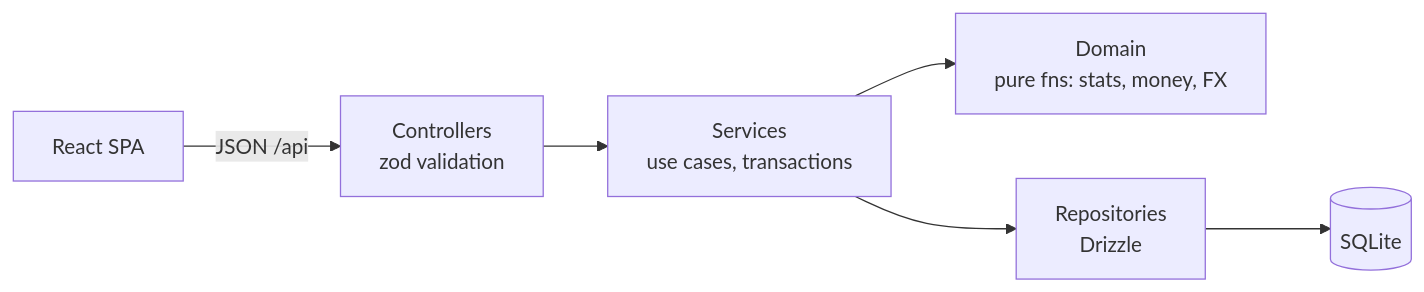
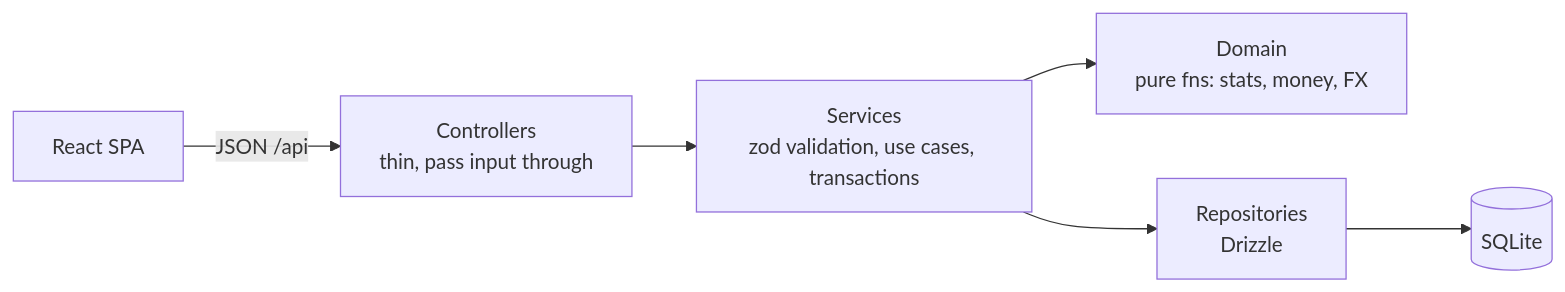
Before and after one commit to Aakash7777/salary-manager: the diagram in docs/ARCHITECTURE.md, drawn with Mermaid. The commit also changed other lines of this file and 1 other file, not shown here.

Commit message:
docs: correct where validation happens

````diff
--- a/docs/ARCHITECTURE.md
+++ b/docs/ARCHITECTURE.md
@@ -12,8 +12,8 @@
 ```mermaid
 flowchart LR
-  UI[React SPA] -->|JSON /api| C[Controllers<br/>zod validation]
-  C --> S[Services<br/>use cases, transactions]
+  UI[React SPA] -->|JSON /api| C[Controllers<br/>thin, pass input through]
+  C --> S[Services<br/>zod validation, use cases, transactions]
   S --> D[Domain<br/>pure fns: stats, money, FX]
   S --> R[Repositories<br/>Drizzle]
   R --> DB[(SQLite)]
 ```
````
